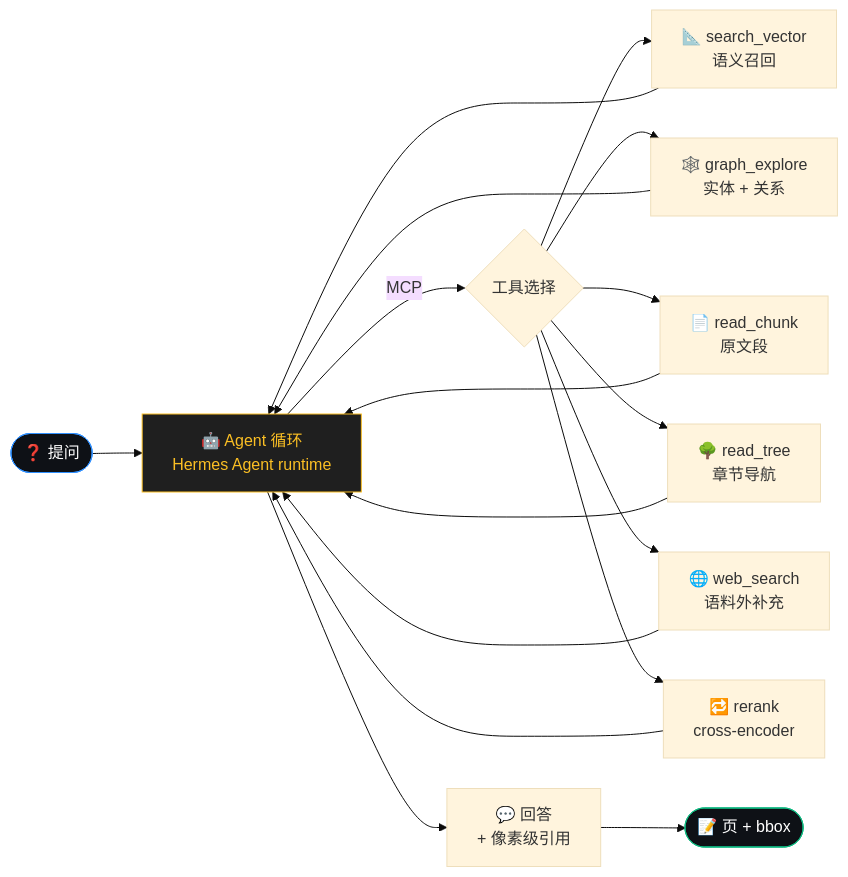
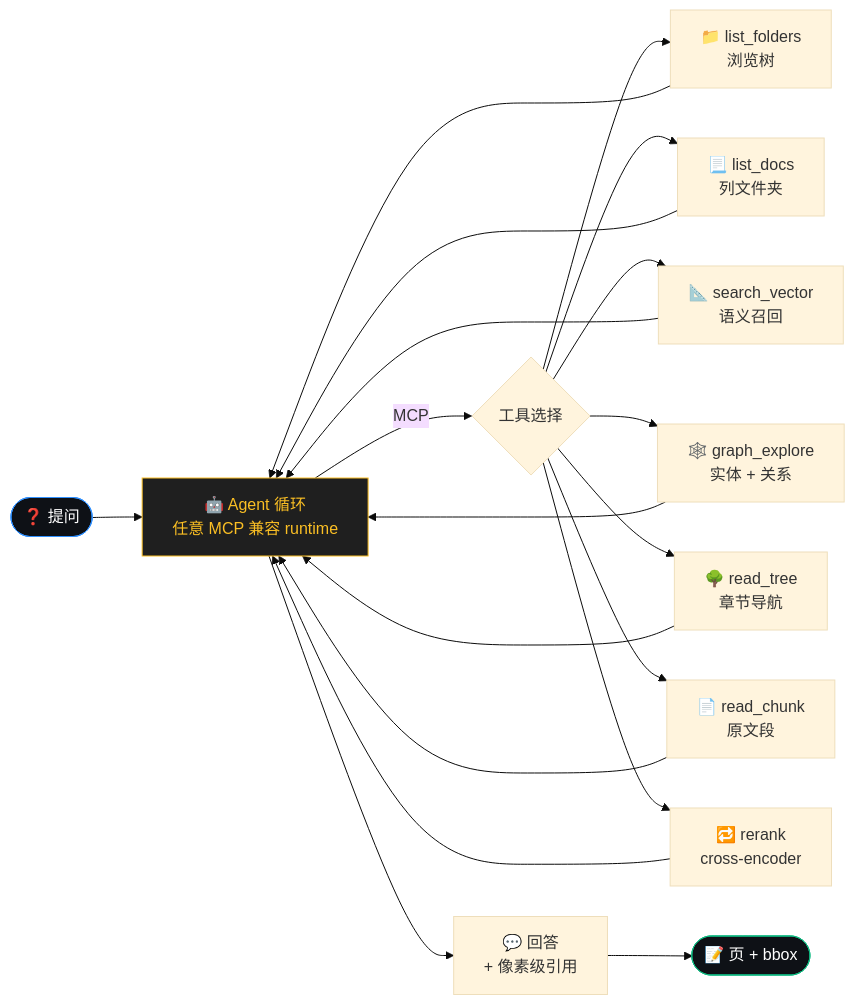
One commit to deeplethe/ForgeRAG changed the first of 2 diagrams in README_CN.md. Above: the diagram before and after it, drawn with Mermaid (base theme). The commit also changed other lines of this file and 6 other files, not shown here.

````diff
--- a/README_CN.md
+++ b/README_CN.md
@@ -85,23 +85,25 @@
 ```mermaid
 flowchart LR
-    Q([❓ 提问]) --> AGENT[🤖 Agent 循环<br/>Hermes Agent runtime]
+    Q([❓ 提问]) --> AGENT[🤖 Agent 循环<br/>任意 MCP 兼容 runtime]
     AGENT -->|MCP| TOOLS{工具选择}
+    TOOLS --> LF[📁 list_folders<br/>浏览树]
+    TOOLS --> LD[📃 list_docs<br/>列文件夹]
     TOOLS --> VEC[📐 search_vector<br/>语义召回]
     TOOLS --> KG[🕸️ graph_explore<br/>实体 + 关系]
+    TOOLS --> TREE[🌳 read_tree<br/>章节导航]
     TOOLS --> CHUNK[📄 read_chunk<br/>原文段]
-    TOOLS --> TREE[🌳 read_tree<br/>章节导航]
-    TOOLS --> WEB[🌐 web_search<br/>语料外补充]
     TOOLS --> RR[🔁 rerank<br/>cross-encoder]
+    LF --> AGENT
+    LD --> AGENT
     VEC --> AGENT
     KG --> AGENT
+    TREE --> AGENT
     CHUNK --> AGENT
-    TREE --> AGENT
-    WEB --> AGENT
     RR --> AGENT
     AGENT --> ANS[💬 回答<br/>+ 像素级引用]
     ANS --> A([📝 页 + bbox])
 
     style Q fill:#0e1116,stroke:#3291ff,color:#fff
     style A fill:#0e1116,stroke:#10b981,color:#fff
     style AGENT fill:#1f1f1f,stroke:#fbbf24,color:#fbbf24
 ```
````
